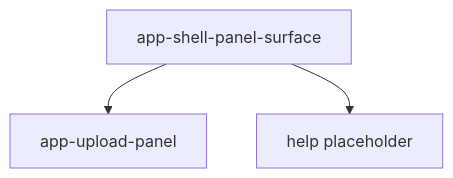
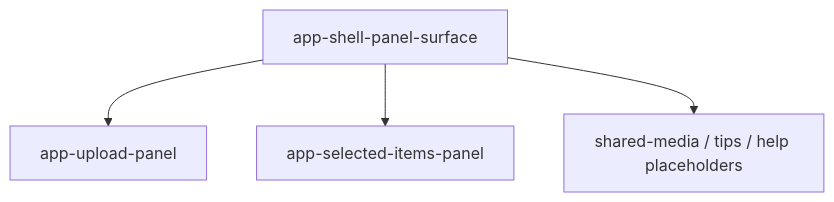
The diagram in docs/specs/ui/shell/shell-panel-surface.md (matkleve/feldpost), drawn with Mermaid before and after one commit. The commit also changed other lines of this file and 7 other files, not shown here.

First line of the commit message:
docs: spec selected-items panel and workspace retirement

````diff
--- a/docs/specs/ui/shell/shell-panel-surface.md
+++ b/docs/specs/ui/shell/shell-panel-surface.md
@@ -62,6 +71,7 @@
 ```mermaid
 flowchart TB
   surface[app-shell-panel-surface]
   surface --> upload[app-upload-panel]
-  surface --> help[help placeholder]
+  surface --> download[app-selected-items-panel]
+  surface --> stubs[shared-media / tips / help placeholders]
 ```
````
